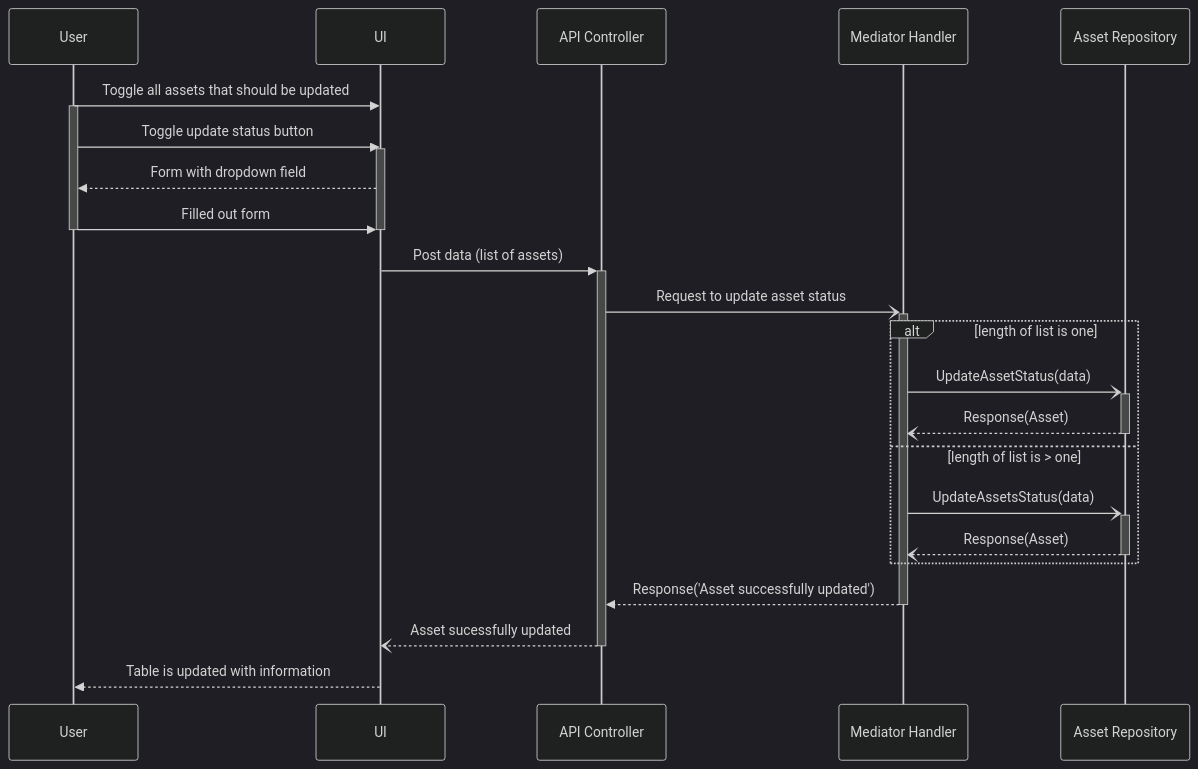
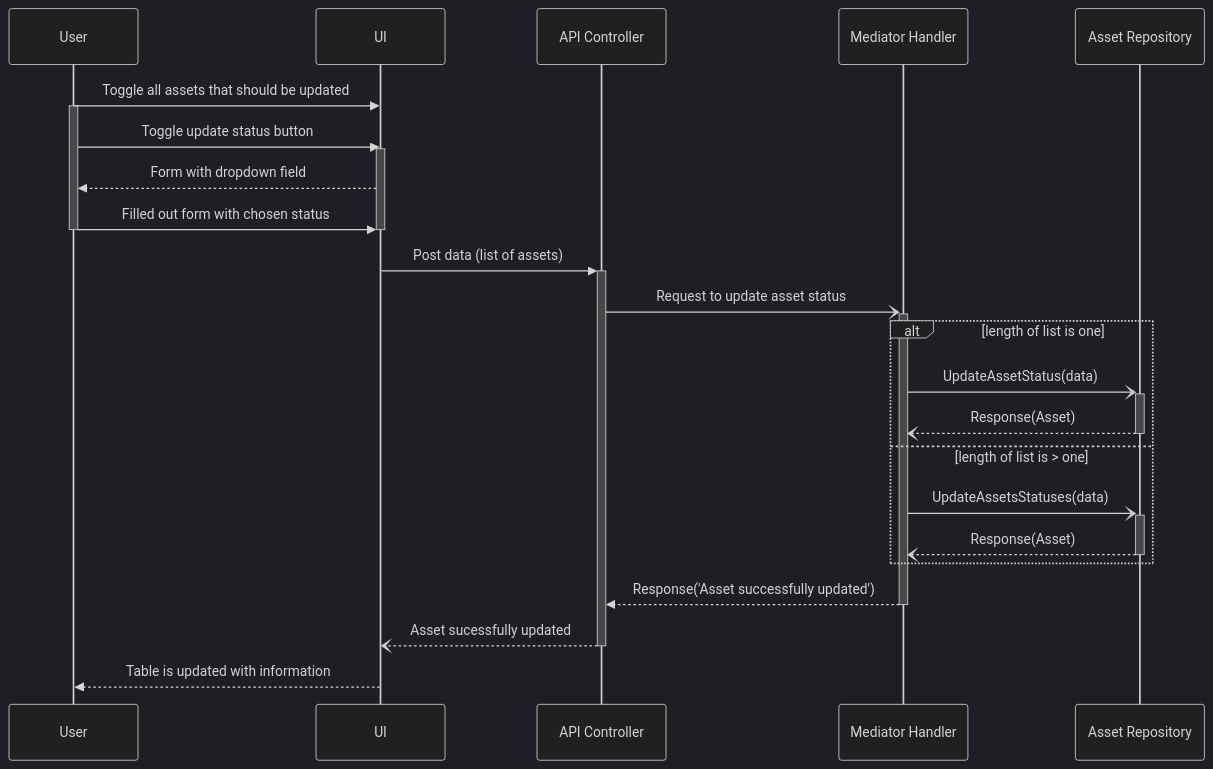
Before and after one commit to livun/bouvet-asset-hub: the second of 3 diagrams in docs/sequence-diagrams/update-asset.md, drawn with Mermaid (dark theme). The commit also changed other lines of this file and 1 other file, not shown here.

Commit message:
delete sequence diagram

````diff
--- a/docs/sequence-diagrams/update-asset.md
+++ b/docs/sequence-diagrams/update-asset.md
@@ -26,33 +26,33 @@
 ```mermaid
 sequenceDiagram
     User ->> UI : Toggle all assets that should be updated
     
     Activate User
         User ->> UI : Toggle update status button
         
         Activate UI
             UI -->> User : Form with dropdown field
-            User ->> UI : Filled out form
+            User ->> UI : Filled out form with chosen status
         Deactivate UI
     
     Deactivate User
     
     UI ->>+ API Controller: Post data (list of assets)
     
     API Controller -)+ Mediator Handler : Request to update asset status
 
     alt length of list is one
         Mediator Handler -)+ Asset Repository : UpdateAssetStatus(data) 
         Asset Repository  --)- Mediator Handler : Response(Asset) 
     else length of list is > one
-        Mediator Handler -)+ Asset Repository : UpdateAssetsStatus(data) 
+        Mediator Handler -)+ Asset Repository : UpdateAssetsStatuses(data) 
         Asset Repository  --)- Mediator Handler : Response(Asset) 
     end
         
     Mediator Handler -->>- API Controller : Response('Asset successfully updated')
             
     API Controller --)- UI  : Asset sucessfully updated
     
     UI -->> User : Table is updated with information
      
 ```
````
